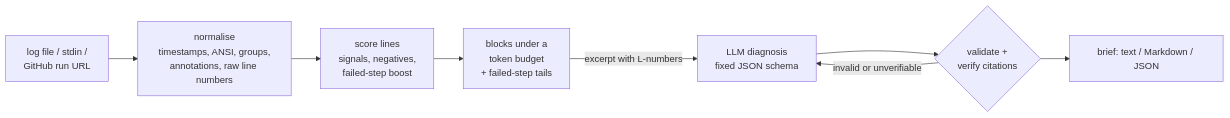
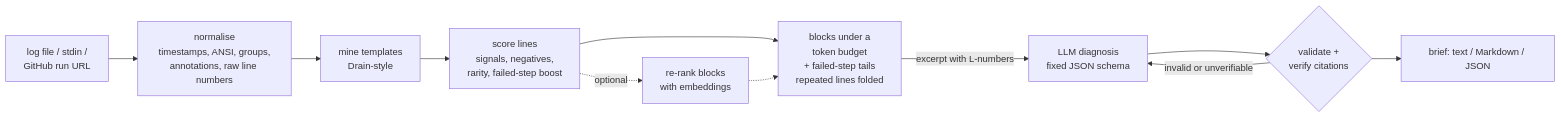
One commit to xeeshan16/ci-pinpoint changed the diagram in README.md. Above: the diagram before and after it, drawn with Mermaid. The commit also changed other lines of this file and 3 other files, not shown here.

````diff
--- a/README.md
+++ b/README.md
@@ -130,10 +133,13 @@
 ```mermaid
 flowchart LR
     A[log file / stdin /<br/>GitHub run URL] --> B[normalise<br/>timestamps, ANSI, groups,<br/>annotations, raw line numbers]
-    B --> C[score lines<br/>signals, negatives,<br/>failed-step boost]
-    C --> D[blocks under a<br/>token budget<br/>+ failed-step tails]
+    B --> T[mine templates<br/>Drain-style]
+    T --> C[score lines<br/>signals, negatives,<br/>rarity, failed-step boost]
+    C --> D[blocks under a<br/>token budget<br/>+ failed-step tails<br/>repeated lines folded]
+    C -.->|optional| R[re-rank blocks<br/>with embeddings]
+    R -.-> D
     D -->|excerpt with L-numbers| E[LLM diagnosis<br/>fixed JSON schema]
     E --> F{validate +<br/>verify citations}
     F -->|invalid or unverifiable| E
     F --> G[brief: text / Markdown / JSON]
 ```
````
